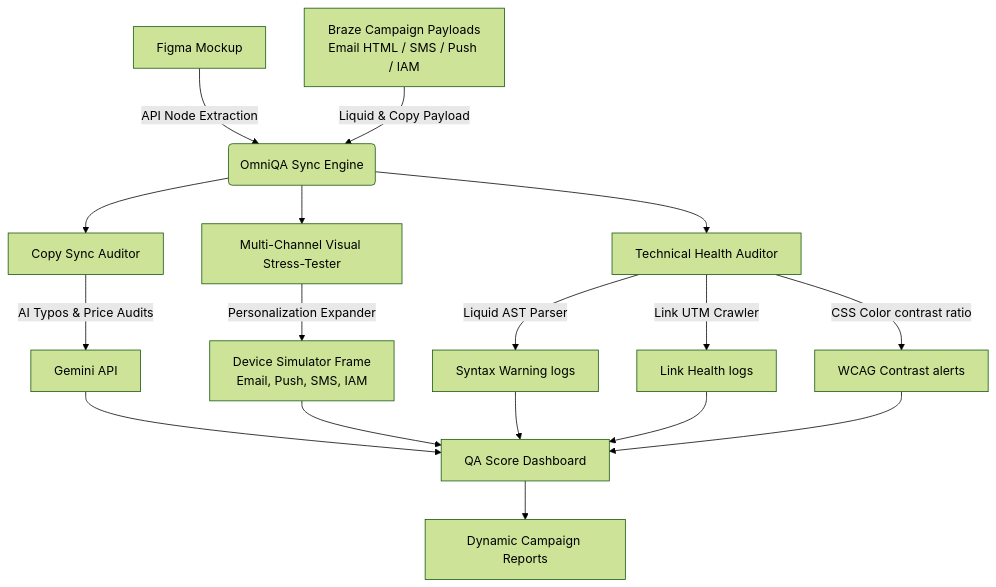
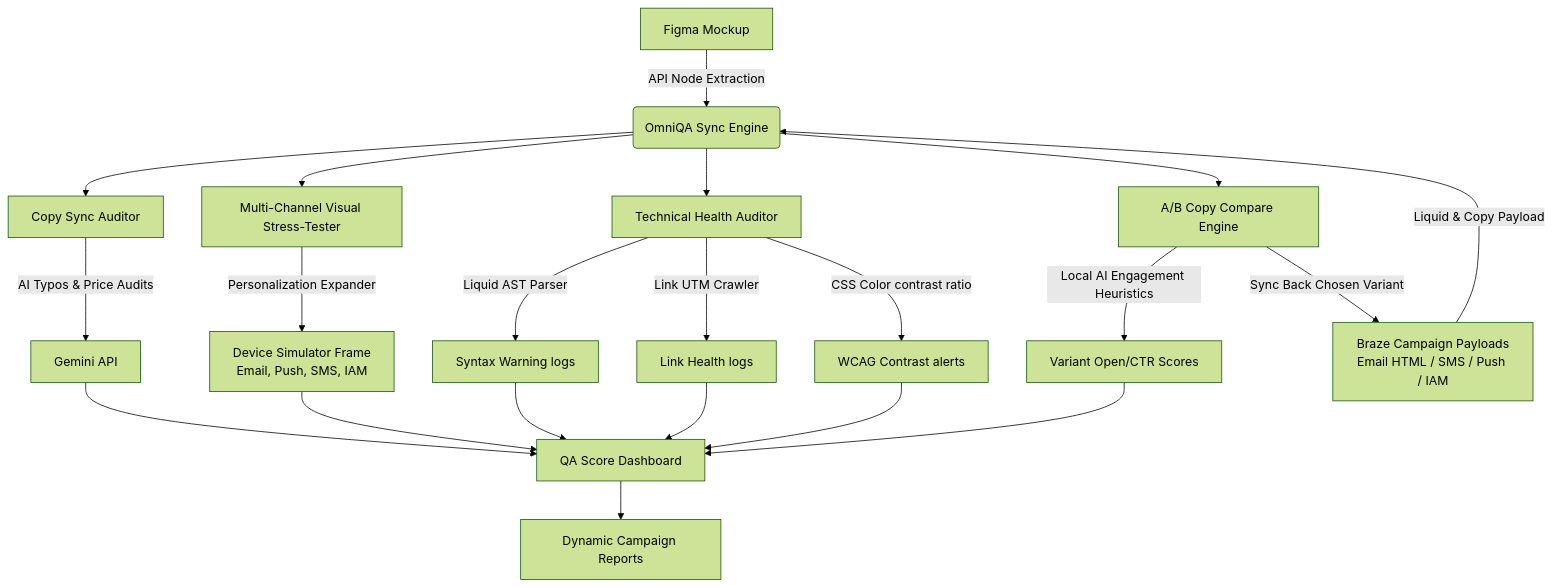
Before and after one commit to mzubtsova/omni-qa-braze: the diagram in README.md, drawn with Mermaid (forest theme). The commit also changed other lines of this file, not shown here.

Commit message:
docs: update README with standalone A/B engine features and systems diagram

````diff
--- a/README.md
+++ b/README.md
@@ -11,22 +11,26 @@
 ```mermaid
 graph TD
     A[Figma Mockup] -->|API Node Extraction| B(OmniQA Sync Engine)
     C[Braze Campaign Payloads<br/>Email HTML / SMS / Push / IAM] -->|Liquid & Copy Payload| B
     
     B --> D[Copy Sync Auditor]
     B --> E[Multi-Channel Visual Stress-Tester]
     B --> F[Technical Health Auditor]
+    B --> N[A/B Copy Compare Engine]
     
     D -->|AI Typos & Price Audits| G[Gemini API]
     E -->|Personalization Expander| H[Device Simulator Frame<br/>Email, Push, SMS, IAM]
     F -->|Liquid AST Parser| I[Syntax Warning logs]
     F -->|Link UTM Crawler| J[Link Health logs]
     F -->|CSS Color contrast ratio| K[WCAG Contrast alerts]
+    N -->|Local AI Engagement Heuristics| O[Variant Open/CTR Scores]
     
     G --> L[QA Score Dashboard]
     H --> L
     I --> L
     J --> L
     K --> L
+    O --> L
     L --> M[Dynamic Campaign Reports]
+    N -->|Sync Back Chosen Variant| C
 ```
````
